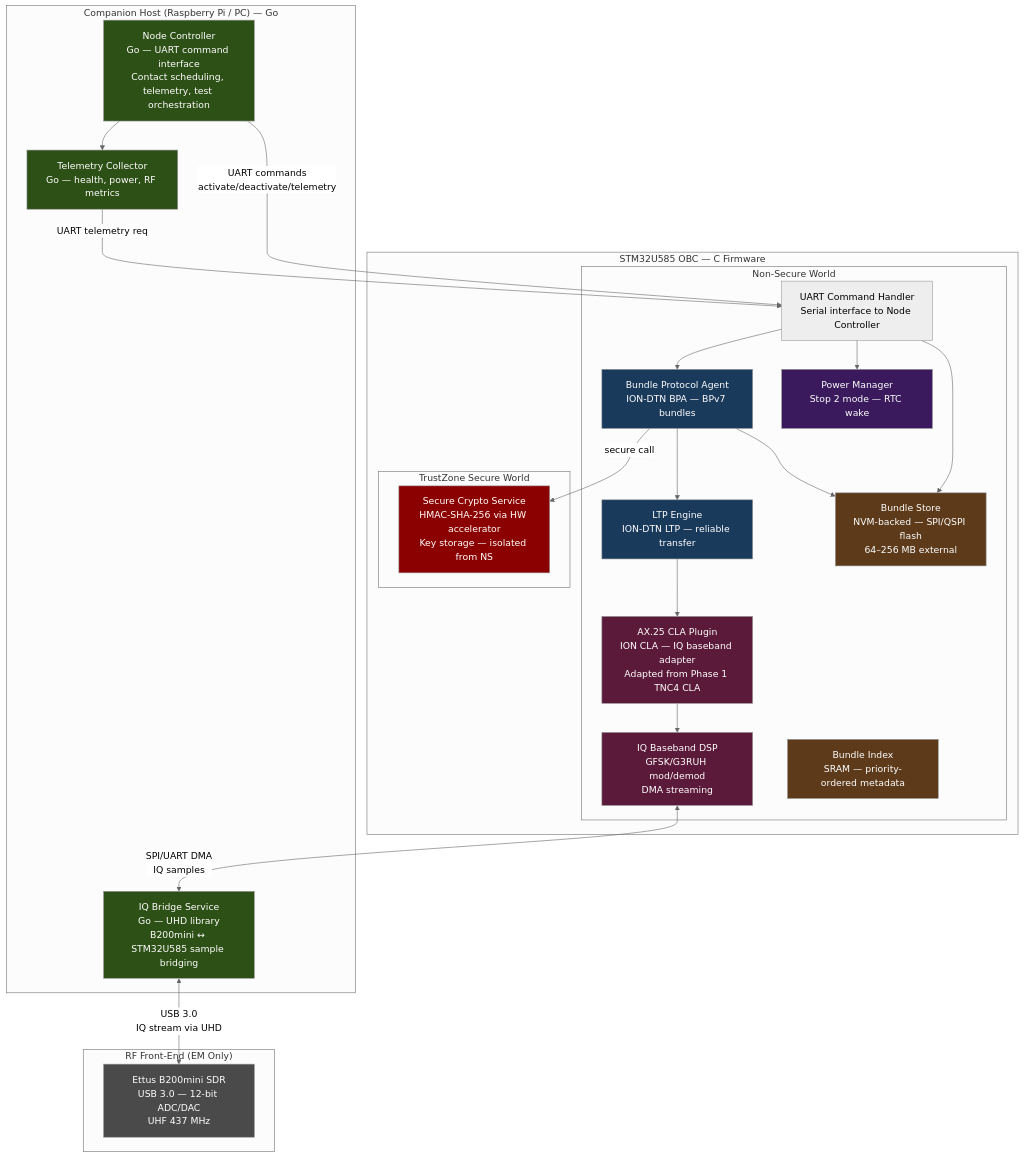
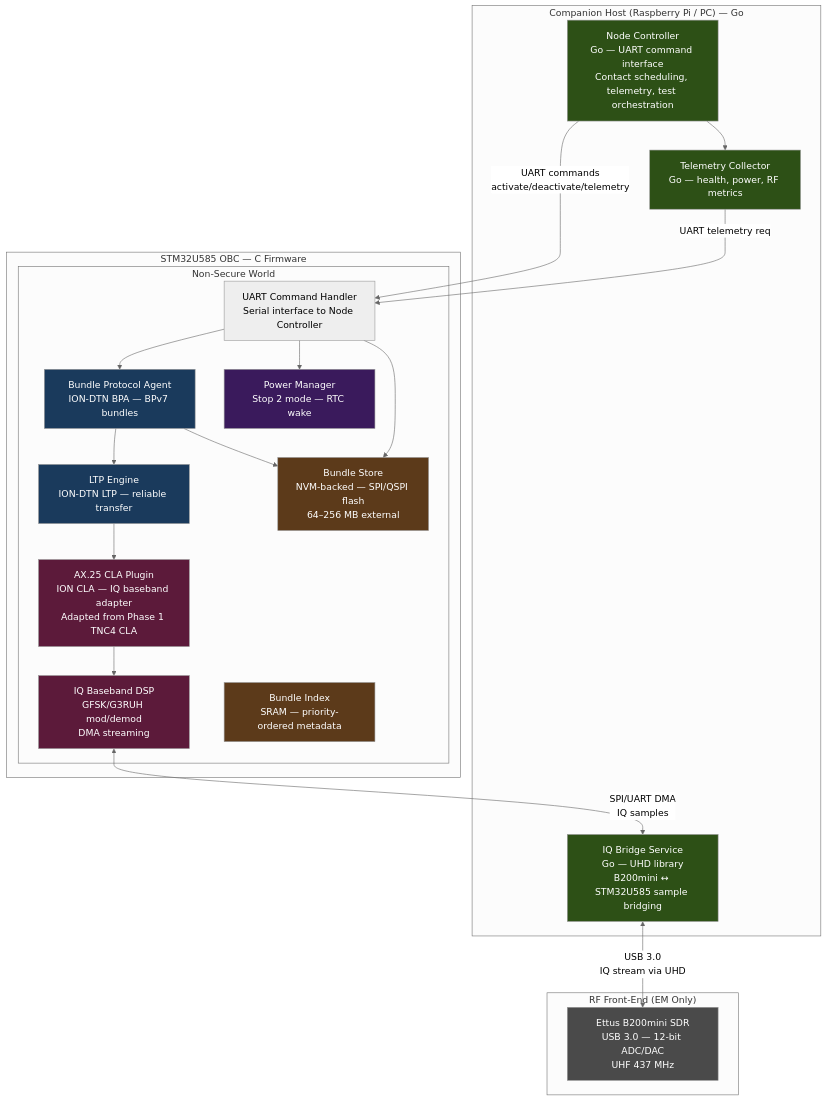
One commit to g4dpz/cislunar_proposal changed the first of 6 diagrams in docs/cubesat-em-phase2/design.md. Above: the diagram before and after it, drawn with Mermaid (neutral theme). The commit also changed other lines of this file and 39 other files, not shown here.

First line of the commit message:
Remove BPSec, TrustZone, and crypto references for amateur radio compliance

````diff
--- a/docs/cubesat-em-phase2/design.md
+++ b/docs/cubesat-em-phase2/design.md
@@ -29,57 +29,52 @@
 ```mermaid
 graph TD
     subgraph "Companion Host (Raspberry Pi / PC) — Go"
         NC[Node Controller<br/>Go — UART command interface<br/>Contact scheduling, telemetry, test orchestration]
         IQB[IQ Bridge Service<br/>Go — UHD library<br/>B200mini ↔ STM32U585 sample bridging]
         TEL[Telemetry Collector<br/>Go — health, power, RF metrics]
     end
 
     subgraph "STM32U585 OBC — C Firmware"
         subgraph "Non-Secure World"
             BPA[Bundle Protocol Agent<br/>ION-DTN BPA — BPv7 bundles]
             LTP_E[LTP Engine<br/>ION-DTN LTP — reliable transfer]
             CLA[AX.25 CLA Plugin<br/>ION CLA — IQ baseband adapter<br/>Adapted from Phase 1 TNC4 CLA]
             DSP[IQ Baseband DSP<br/>GFSK/G3RUH mod/demod<br/>DMA streaming]
             BS[Bundle Store<br/>NVM-backed — SPI/QSPI flash<br/>64–256 MB external]
             IDX[Bundle Index<br/>SRAM — priority-ordered metadata]
             PWR[Power Manager<br/>Stop 2 mode — RTC wake]
             UART_FW[UART Command Handler<br/>Serial interface to Node Controller]
         end
-        subgraph "TrustZone Secure World"
-            TZ[Secure Crypto Service<br/>HMAC-SHA-256 via HW accelerator<br/>Key storage — isolated from NS]
-        end
     end
 
     subgraph "RF Front-End (EM Only)"
         B200[Ettus B200mini SDR<br/>USB 3.0 — 12-bit ADC/DAC<br/>UHF 437 MHz]
     end
 
     NC -->|UART commands<br/>activate/deactivate/telemetry| UART_FW
     UART_FW --> BPA
     UART_FW --> PWR
     UART_FW --> BS
 
     BPA --> LTP_E
-    BPA -->|secure call| TZ
     BPA --> BS
     LTP_E --> CLA
     CLA --> DSP
     DSP <-->|SPI/UART DMA<br/>IQ samples| IQB
     IQB <-->|USB 3.0<br/>IQ stream via UHD| B200
 
     NC --> TEL
     TEL -->|UART telemetry req| UART_FW
 
     style NC fill:#2d5016,color:#fff
     style IQB fill:#2d5016,color:#fff
     style TEL fill:#2d5016,color:#fff
     style BPA fill:#1a3a5c,color:#fff
     style LTP_E fill:#1a3a5c,color:#fff
     style CLA fill:#5c1a3a,color:#fff
     style DSP fill:#5c1a3a,color:#fff
     style BS fill:#5c3a1a,color:#fff
     style IDX fill:#5c3a1a,color:#fff
     style PWR fill:#3a1a5c,color:#fff
-    style TZ fill:#8b0000,color:#fff
     style B200 fill:#4a4a4a,color:#fff
 ```
````
